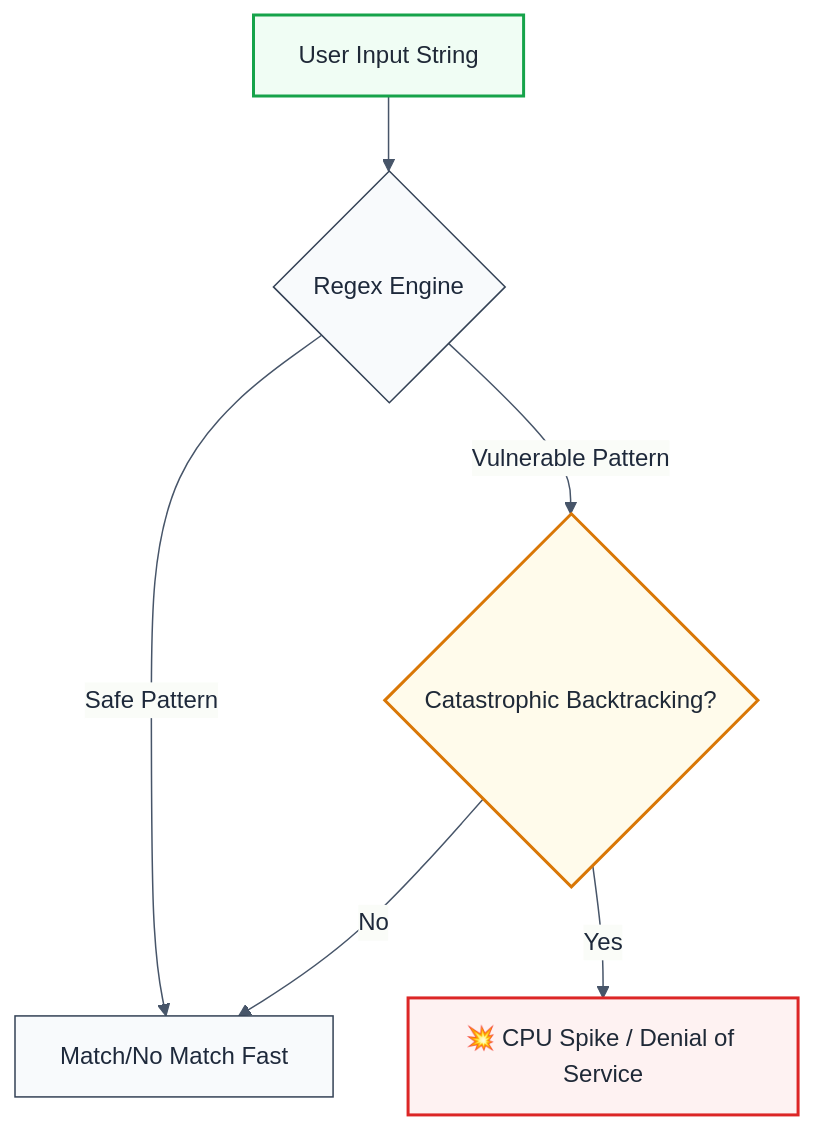
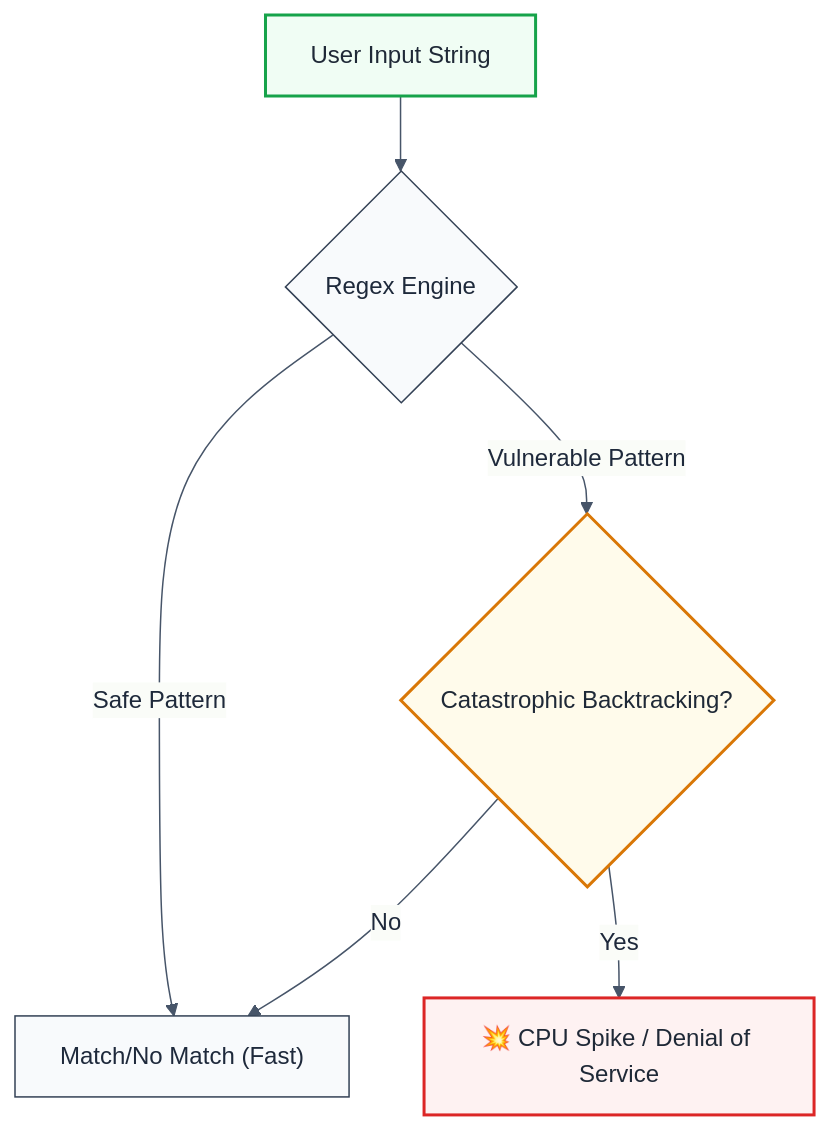
The diagram in apps/docs/content/docs/secure-coding/rules/no-redos-vulnerable-regex.mdx (ofri-peretz/eslint), drawn with Mermaid before and after one commit. The commit also changed other lines of this file and 766 other files, not shown here.

````diff
--- a/apps/docs/content/docs/secure-coding/rules/no-redos-vulnerable-regex.mdx
+++ b/apps/docs/content/docs/secure-coding/rules/no-redos-vulnerable-regex.mdx
@@ -61,30 +60,29 @@
 ```mermaid
 %%{init: {
   'theme': 'base',
   'themeVariables': {
     'primaryColor': '#f8fafc',
     'primaryTextColor': '#1e293b',
     'primaryBorderColor': '#334155',
     'lineColor': '#475569',
     'c0': '#f8fafc',
     'c1': '#f1f5f9',
     'c2': '#e2e8f0',
     'c3': '#cbd5e1'
   }
 }}%%
 flowchart TD
     Start[User Input String] --> Regex{Regex Engine}
-    Regex -->|Safe Pattern| Match[Match/No Match Fast]
+    Regex -->|Safe Pattern| Match["Match/No Match (Fast)"]
     Regex -->|Vulnerable Pattern| Backtrack{Catastrophic Backtracking?}
-    Backtrack -->|Yes| Freeze[💥 CPU Spike / Denial of Service]
+    Backtrack -->|Yes| Freeze["💥 CPU Spike / Denial of Service"]
     Backtrack -->|No| Match
 
     classDef startNode fill:#f0fdf4,stroke:#16a34a,stroke-width:2px,color:#1f2937
     classDef errorNode fill:#fef2f2,stroke:#dc2626,stroke-width:2px,color:#1f2937
     classDef warnNode fill:#fffbeb,stroke:#d97706,stroke-width:2px,color:#1f2937
 
     class Start startNode
     class Freeze errorNode
     class Backtrack warnNode
-
 ```
````
